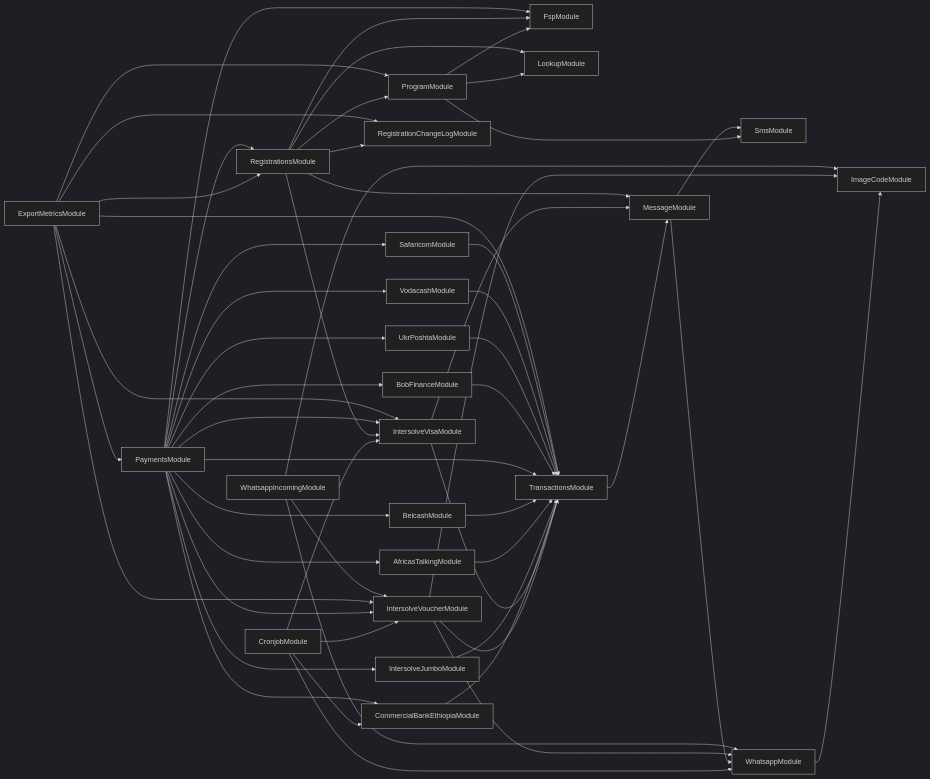
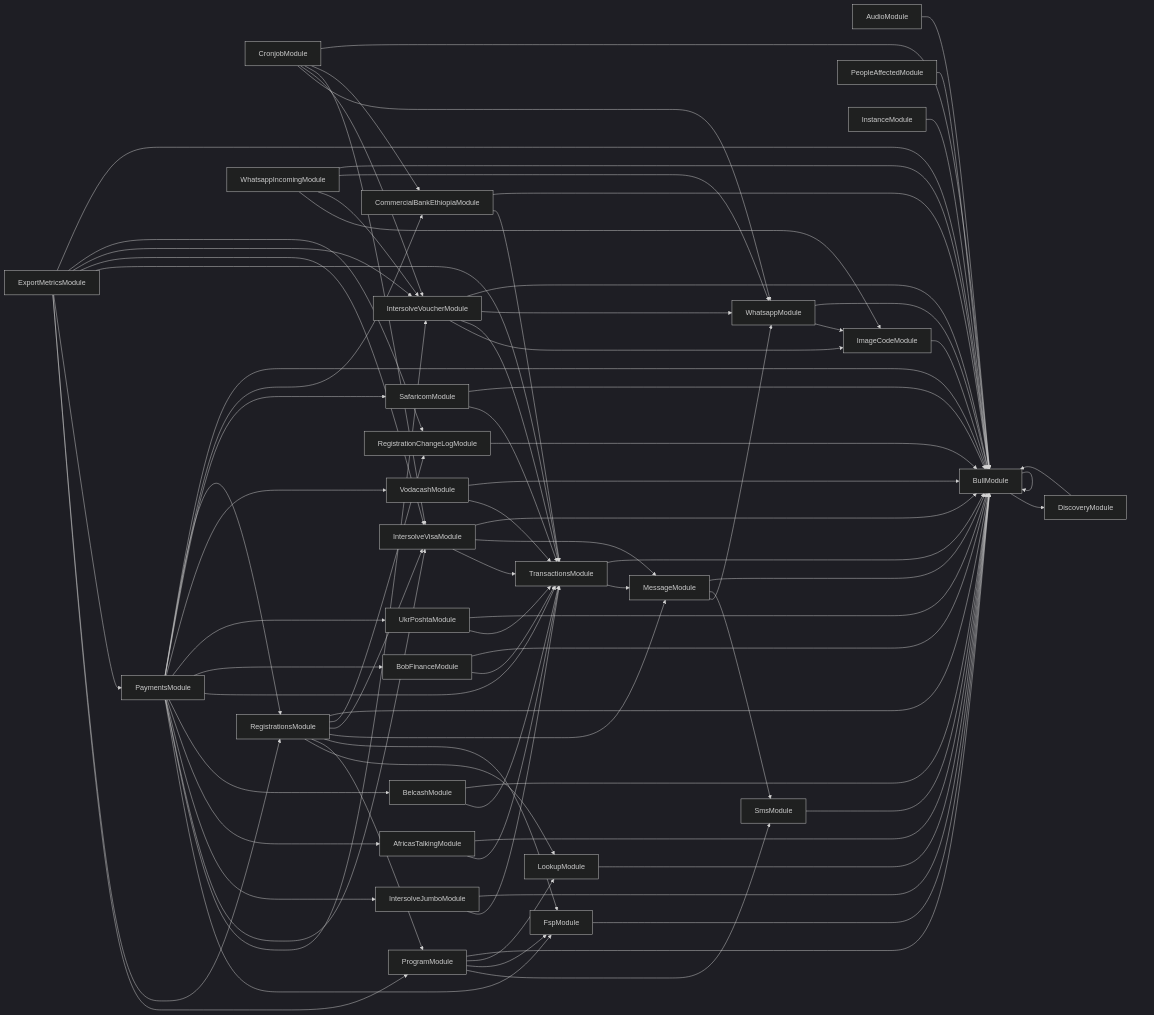
The diagram in services/121-service/module-dependencies.md (global-121/121-platform), drawn with Mermaid (dark theme) before and after one commit. The commit also changed 8 other files, not shown here.

````diff
--- a/services/121-service/module-dependencies.md
+++ b/services/121-service/module-dependencies.md
@@ -3,28 +3,48 @@
 ```mermaid
 graph LR
+  BullModule-->DiscoveryModule
+  DiscoveryModule-->BullModule
+  BullModule-->BullModule
+  AudioModule-->BullModule
   ProgramModule-->SmsModule
+  SmsModule-->BullModule
   ProgramModule-->FspModule
+  FspModule-->BullModule
   ProgramModule-->LookupModule
+  LookupModule-->BullModule
+  ProgramModule-->BullModule
   CronjobModule-->WhatsappModule
   WhatsappModule-->ImageCodeModule
+  ImageCodeModule-->BullModule
+  WhatsappModule-->BullModule
   CronjobModule-->IntersolveVoucherModule
   IntersolveVoucherModule-->ImageCodeModule
   IntersolveVoucherModule-->TransactionsModule
   TransactionsModule-->MessageModule
   MessageModule-->WhatsappModule
   MessageModule-->SmsModule
+  MessageModule-->BullModule
+  TransactionsModule-->BullModule
   IntersolveVoucherModule-->WhatsappModule
+  IntersolveVoucherModule-->BullModule
   CronjobModule-->IntersolveVisaModule
   IntersolveVisaModule-->TransactionsModule
   IntersolveVisaModule-->MessageModule
+  IntersolveVisaModule-->BullModule
   CronjobModule-->CommercialBankEthiopiaModule
   CommercialBankEthiopiaModule-->TransactionsModule
+  CommercialBankEthiopiaModule-->BullModule
+  CronjobModule-->BullModule
+  PeopleAffectedModule-->BullModule
+  InstanceModule-->BullModule
   RegistrationsModule-->LookupModule
   RegistrationsModule-->ProgramModule
   RegistrationsModule-->FspModule
   RegistrationsModule-->MessageModule
   RegistrationsModule-->IntersolveVisaModule
   RegistrationsModule-->RegistrationChangeLogModule
+  RegistrationChangeLogModule-->BullModule
+  RegistrationsModule-->BullModule
   ExportMetricsModule-->ProgramModule
   ExportMetricsModule-->RegistrationsModule
   ExportMetricsModule-->PaymentsModule
@@ -33,26 +53,36 @@
   PaymentsModule-->IntersolveVisaModule
   PaymentsModule-->IntersolveJumboModule
   IntersolveJumboModule-->TransactionsModule
+  IntersolveJumboModule-->BullModule
   PaymentsModule-->AfricasTalkingModule
   AfricasTalkingModule-->TransactionsModule
+  AfricasTalkingModule-->BullModule
   PaymentsModule-->BelcashModule
   BelcashModule-->TransactionsModule
+  BelcashModule-->BullModule
   PaymentsModule-->TransactionsModule
   PaymentsModule-->BobFinanceModule
   BobFinanceModule-->TransactionsModule
+  BobFinanceModule-->BullModule
   PaymentsModule-->UkrPoshtaModule
   UkrPoshtaModule-->TransactionsModule
+  UkrPoshtaModule-->BullModule
   PaymentsModule-->VodacashModule
   VodacashModule-->TransactionsModule
+  VodacashModule-->BullModule
   PaymentsModule-->SafaricomModule
   SafaricomModule-->TransactionsModule
+  SafaricomModule-->BullModule
   PaymentsModule-->CommercialBankEthiopiaModule
   PaymentsModule-->RegistrationsModule
+  PaymentsModule-->BullModule
   ExportMetricsModule-->TransactionsModule
   ExportMetricsModule-->IntersolveVisaModule
   ExportMetricsModule-->IntersolveVoucherModule
   ExportMetricsModule-->RegistrationChangeLogModule
+  ExportMetricsModule-->BullModule
   WhatsappIncomingModule-->ImageCodeModule
   WhatsappIncomingModule-->IntersolveVoucherModule
   WhatsappIncomingModule-->WhatsappModule
+  WhatsappIncomingModule-->BullModule
 ```
````
